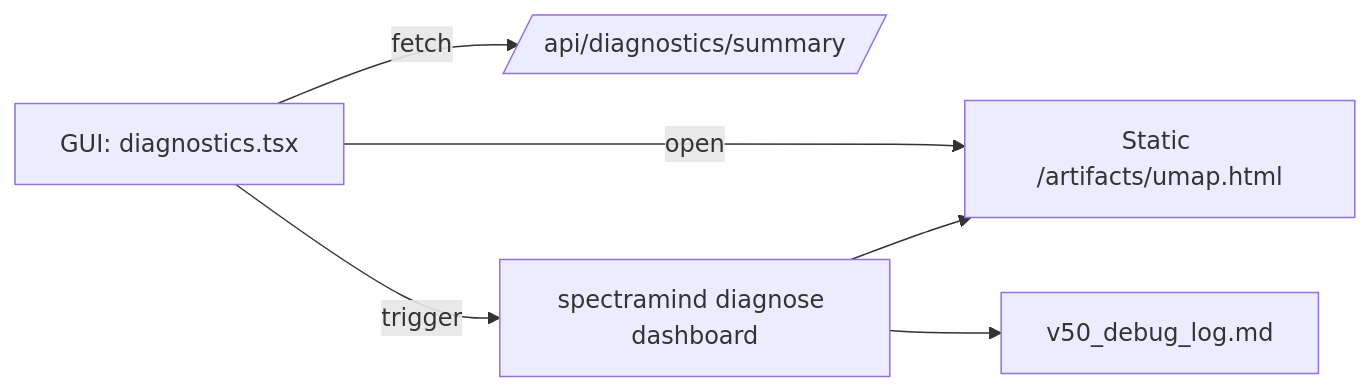
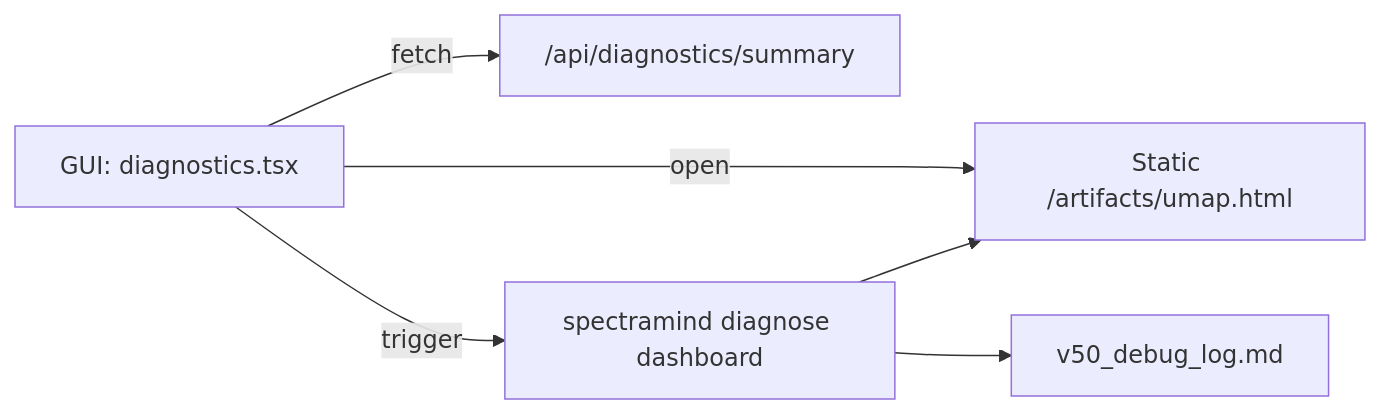
One commit to bartytime4life/ArielSensorArray changed the second of 3 diagrams in src/gui/app/README.md. Above: the diagram before and after it, drawn with Mermaid. The commit also changed other lines of this file, not shown here.

Commit message:
Refine README.md with improved Mermaid syntax

````diff
--- a/src/gui/app/README.md
+++ b/src/gui/app/README.md
@@ -87,8 +84,8 @@
 ```mermaid
 flowchart LR
-    GUI[GUI: diagnostics.tsx] -->|fetch| API[/api/diagnostics/summary/]
-    GUI -->|open| ART[Static /artifacts/umap.html]
-    GUI -->|trigger| CLI[spectramind diagnose dashboard]
+    GUI["GUI: diagnostics.tsx"] -->|fetch| API["/api/diagnostics/summary"]
+    GUI -->|open| ART["Static /artifacts/umap.html"]
+    GUI -->|trigger| CLI["spectramind diagnose dashboard"]
     CLI --> ART
-    CLI --> LOG[v50_debug_log.md]
+    CLI --> LOG["v50_debug_log.md"]
 ```
````
